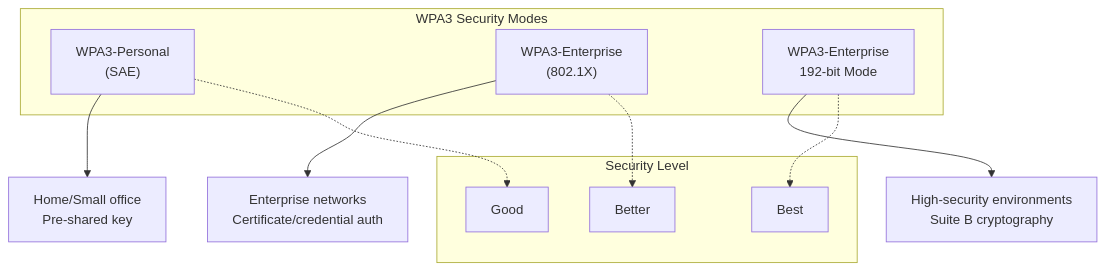
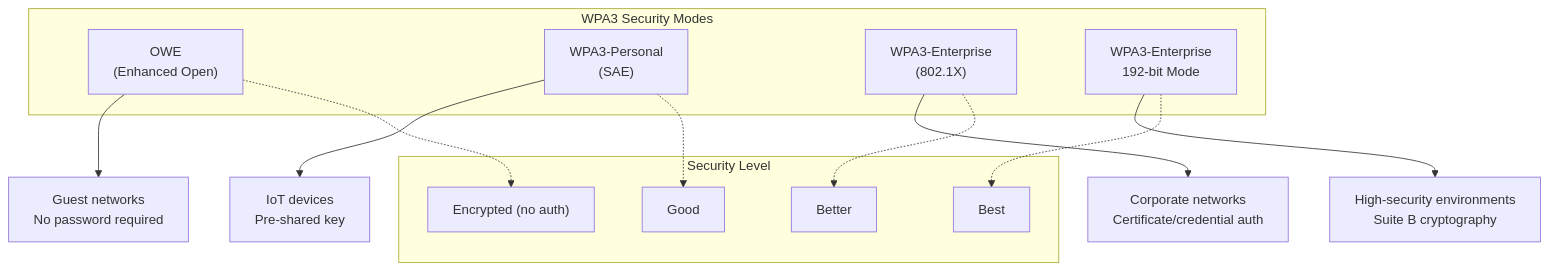
One commit to NewOrleansITI/networkstandards changed the first of 11 diagrams in docs/security/wpa3-enterprise.md. Above: the diagram before and after it, drawn with Mermaid. The commit also changed other lines of this file and 6 other files, not shown here.

First line of the commit message:
Add OWE Enhanced Open standard for guest networks (2026 mandate)

````diff
--- a/docs/security/wpa3-enterprise.md
+++ b/docs/security/wpa3-enterprise.md
@@ -35,22 +35,26 @@
 ```mermaid
 graph TB
     subgraph WPA3["WPA3 Security Modes"]
+        OWE["OWE<br/>(Enhanced Open)"]
         PERSONAL["WPA3-Personal<br/>(SAE)"]
         ENTERPRISE["WPA3-Enterprise<br/>(802.1X)"]
         ENTERPRISE_192["WPA3-Enterprise<br/>192-bit Mode"]
     end
 
-    PERSONAL --> P_USE["Home/Small office<br/>Pre-shared key"]
-    ENTERPRISE --> E_USE["Enterprise networks<br/>Certificate/credential auth"]
+    OWE --> OWE_USE["Guest networks<br/>No password required"]
+    PERSONAL --> P_USE["IoT devices<br/>Pre-shared key"]
+    ENTERPRISE --> E_USE["Corporate networks<br/>Certificate/credential auth"]
     ENTERPRISE_192 --> E192_USE["High-security environments<br/>Suite B cryptography"]
 
     subgraph SECURITY_LEVEL["Security Level"]
+        S0["Encrypted (no auth)"]
         S1["Good"]
         S2["Better"]
         S3["Best"]
     end
 
+    OWE -.-> S0
     PERSONAL -.-> S1
     ENTERPRISE -.-> S2
     ENTERPRISE_192 -.-> S3
 ```
````
